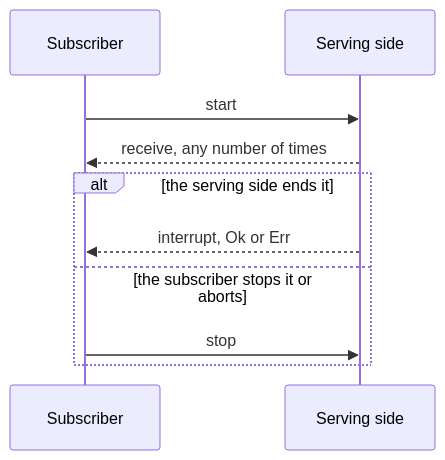
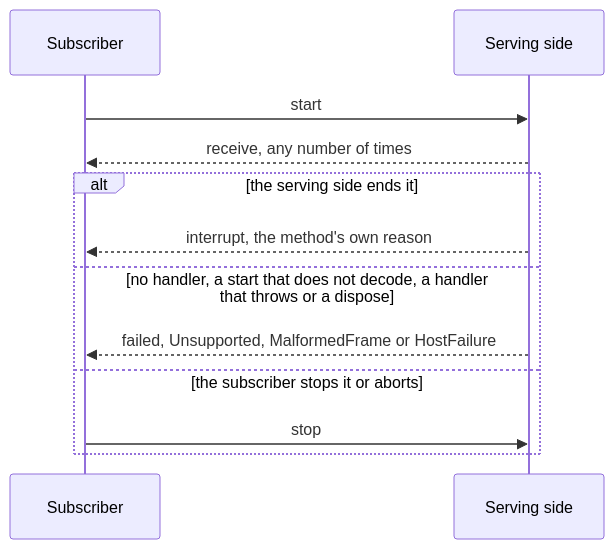
Before and after one commit to paritytech/dotli-community: the third of 3 diagrams in packages/transport/README.md, drawn with Mermaid. The commit also changed other lines of this file and 29 other files, not shown here.

First line of the commit message:
fix(transport): a subscription's interrupt is the method's own reason, with nothing added

````diff
--- a/packages/transport/README.md
+++ b/packages/transport/README.md
@@ -77,12 +81,14 @@
 ```mermaid
 sequenceDiagram
   participant C as Subscriber
   participant H as Serving side
   C->>H: start
   H-->>C: receive, any number of times
   alt the serving side ends it
-    H-->>C: interrupt, Ok or Err
+    H-->>C: interrupt, the method's own reason
+  else no handler, a start that does not decode, a handler that throws or a dispose
+    H-->>C: failed, Unsupported, MalformedFrame or HostFailure
   else the subscriber stops it or aborts
     C->>H: stop
   end
 ```
````
